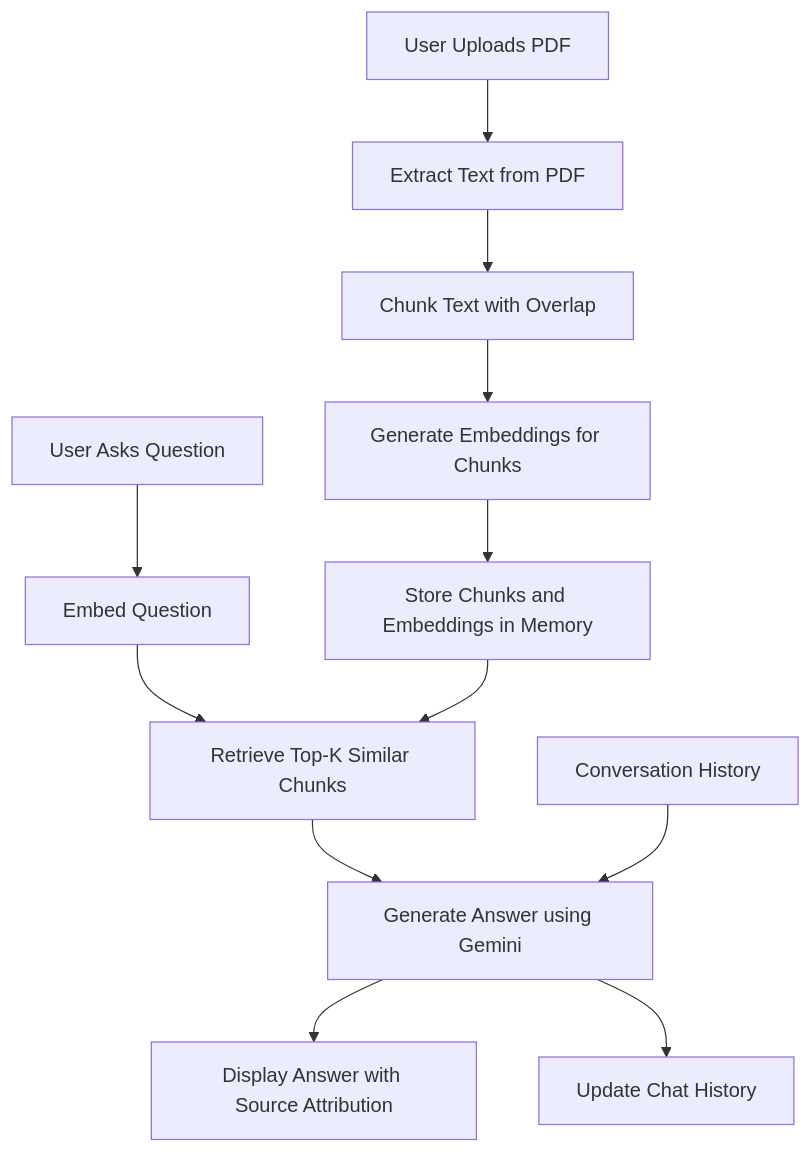
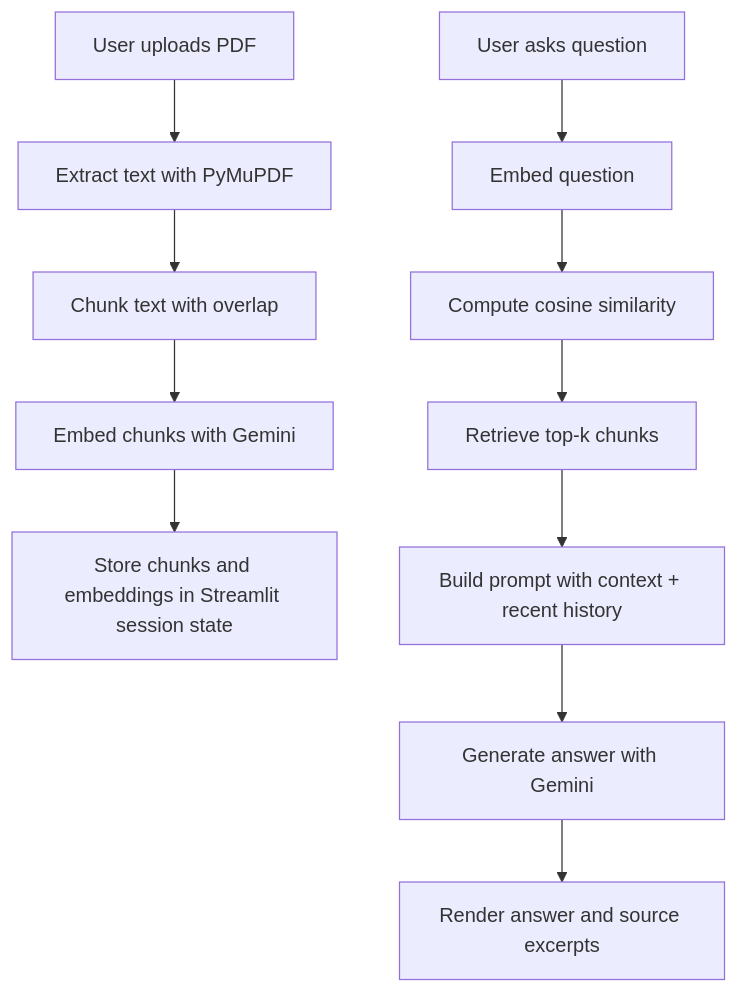
The diagram in README.md (KhawajaIbrahimsalim/pdf-qna-rag), drawn with Mermaid before and after one commit. The commit also changed other lines of this file and 2 other files, not shown here.

````diff
--- a/README.md
+++ b/README.md
@@ -18,14 +39,13 @@
 ```mermaid
 graph TD
-    A[User Uploads PDF] --> B[Extract Text from PDF]
-    B --> C[Chunk Text with Overlap]
-    C --> D[Generate Embeddings for Chunks]
-    D --> E[Store Chunks and Embeddings in Memory]
-    F[User Asks Question] --> G[Embed Question]
-    G --> H[Retrieve Top-K Similar Chunks]
-    H --> I[Generate Answer using Gemini]
-    I --> J[Display Answer with Source Attribution]
-    E --> H
-    K[Conversation History] --> I
-    I --> L[Update Chat History]
+    A[User uploads PDF] --> B[Extract text with PyMuPDF]
+    B --> C[Chunk text with overlap]
+    C --> D[Embed chunks with Gemini]
+    D --> E[Store chunks and embeddings in Streamlit session state]
+    F[User asks question] --> G[Embed question]
+    G --> H[Compute cosine similarity]
+    H --> I[Retrieve top-k chunks]
+    I --> J[Build prompt with context + recent history]
+    J --> K[Generate answer with Gemini]
+    K --> L[Render answer and source excerpts]
 ```
````
